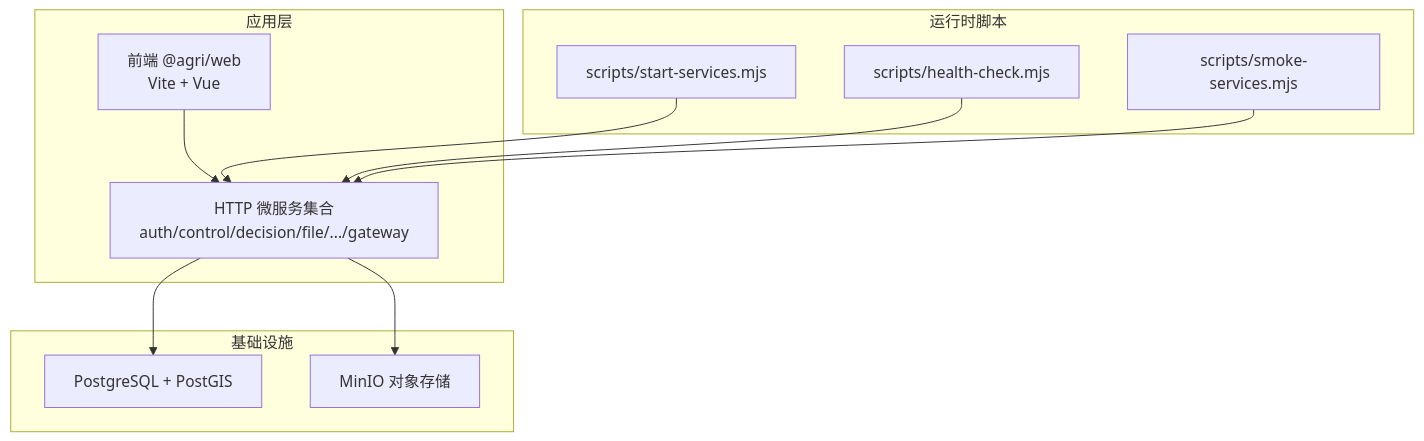
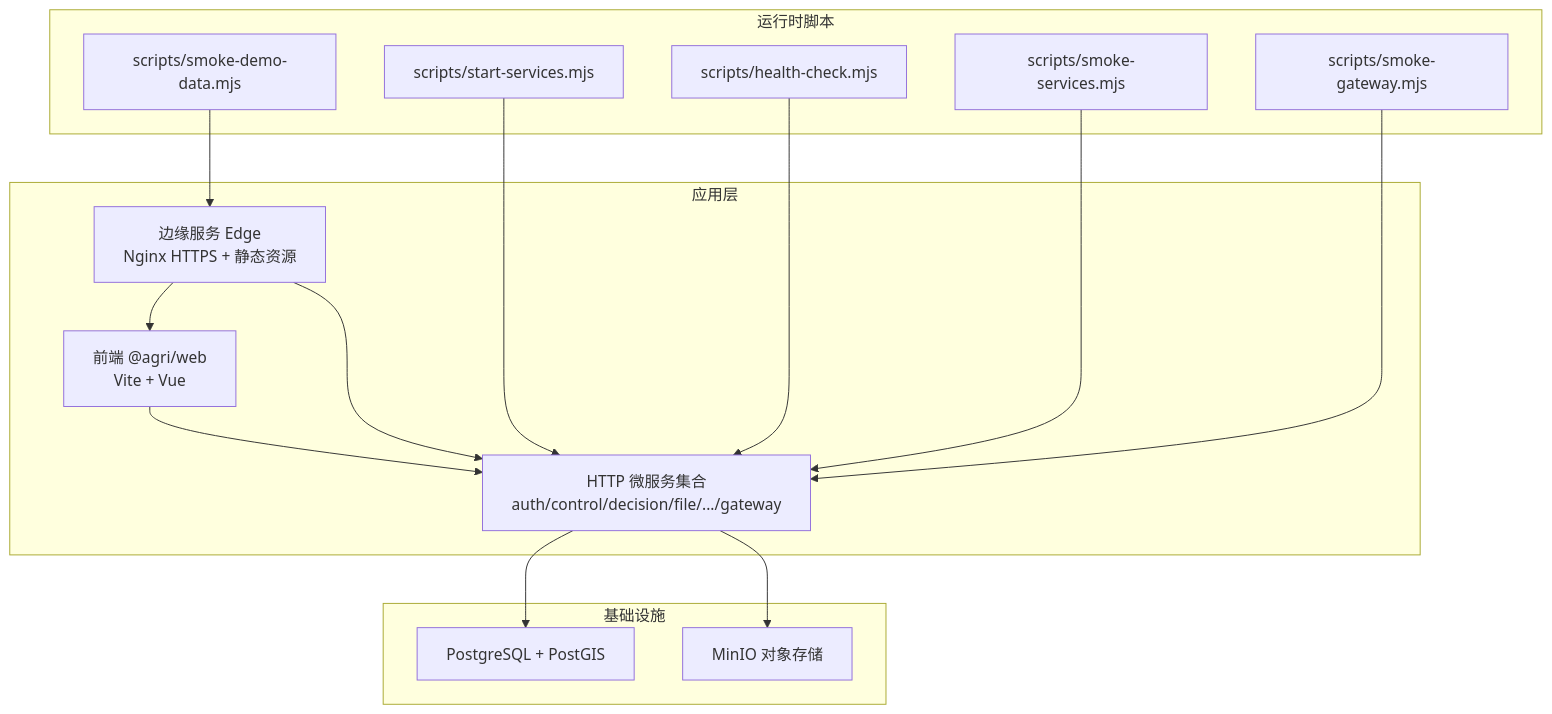
The first of 4 diagrams in .qoder/repowiki/zh/content/部署运维/部署策略.md (q446328246/agri-platform), drawn with Mermaid before and after one commit. The commit also changed other lines of this file and 42 other files, not shown here.

````diff
--- a/.qoder/repowiki/zh/content/部署运维/部署策略.md
+++ b/.qoder/repowiki/zh/content/部署运维/部署策略.md
@@ -51,22 +54,29 @@
 ```mermaid
 graph TB
 subgraph "应用层"
 WEB["前端 @agri/web<br/>Vite + Vue"]
 SERVICES["HTTP 微服务集合<br/>auth/control/decision/file/.../gateway"]
+EDGE["边缘服务 Edge<br/>Nginx HTTPS + 静态资源"]
 end
 subgraph "运行时脚本"
 START["scripts/start-services.mjs"]
 HEALTH["scripts/health-check.mjs"]
 SMOKE["scripts/smoke-services.mjs"]
+SMOKE_DEMO["scripts/smoke-demo-data.mjs"]
+SMOKE_GATEWAY["scripts/smoke-gateway.mjs"]
 end
 subgraph "基础设施"
 PG["PostgreSQL + PostGIS"]
 MINIO["MinIO 对象存储"]
 end
 WEB --> SERVICES
 SERVICES --> PG
 SERVICES --> MINIO
+EDGE --> WEB
+EDGE --> SERVICES
 START --> SERVICES
 HEALTH --> SERVICES
 SMOKE --> SERVICES
+SMOKE_DEMO --> EDGE
+SMOKE_GATEWAY --> SERVICES
 ```
````
